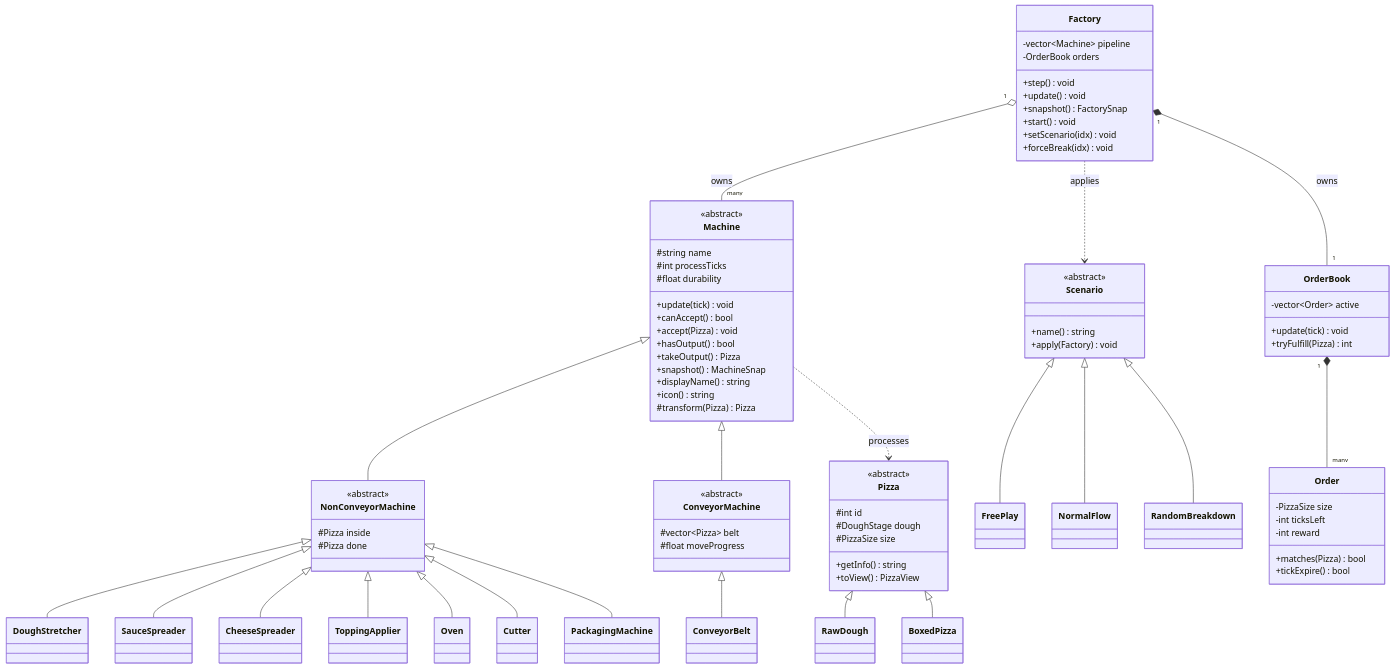
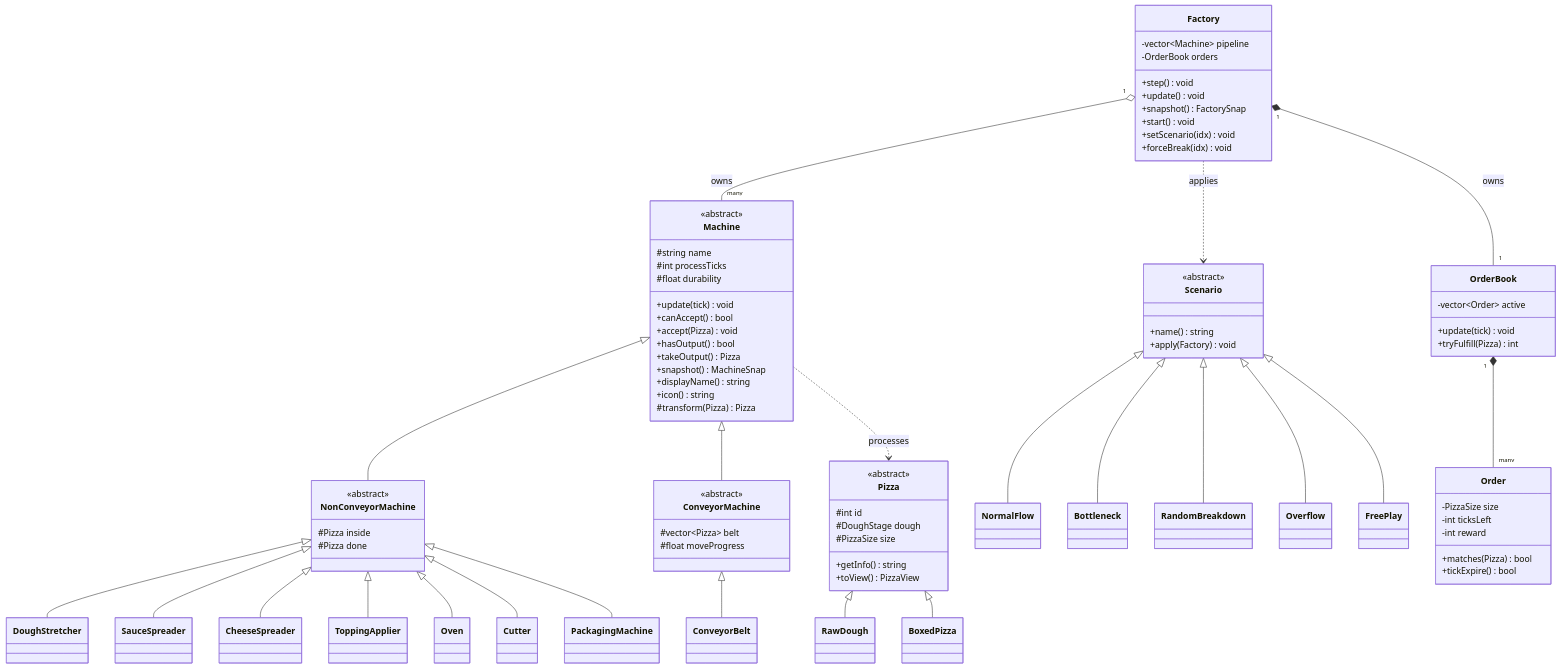
The first of 2 diagrams in DESIGN.md (sb-p-0x7/Zzapi), drawn with Mermaid before and after one commit. The commit also changed other lines of this file and 3 other files, not shown here.

```diff
--- a/DESIGN.md
+++ b/DESIGN.md
@@ -186,9 +187,11 @@
         +name() string
         +apply(Factory) void
     }
+    Scenario <|-- NormalFlow
+    Scenario <|-- Bottleneck
+    Scenario <|-- RandomBreakdown
+    Scenario <|-- Overflow
     Scenario <|-- FreePlay
-    Scenario <|-- NormalFlow
-    Scenario <|-- RandomBreakdown
 
     class Order {
         -PizzaSize size
```
